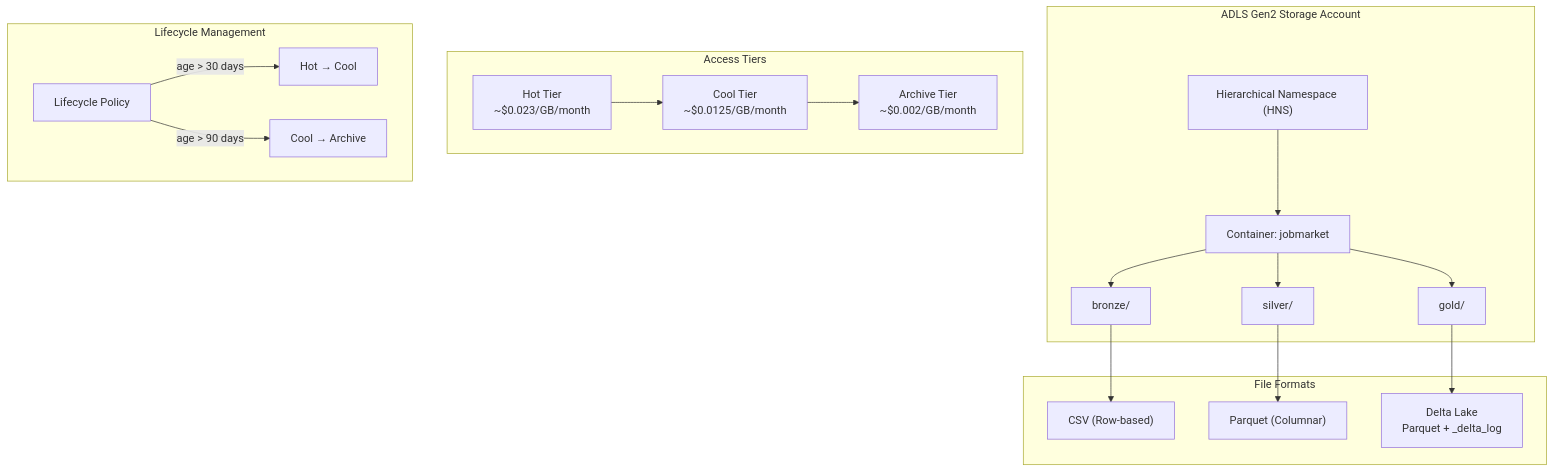
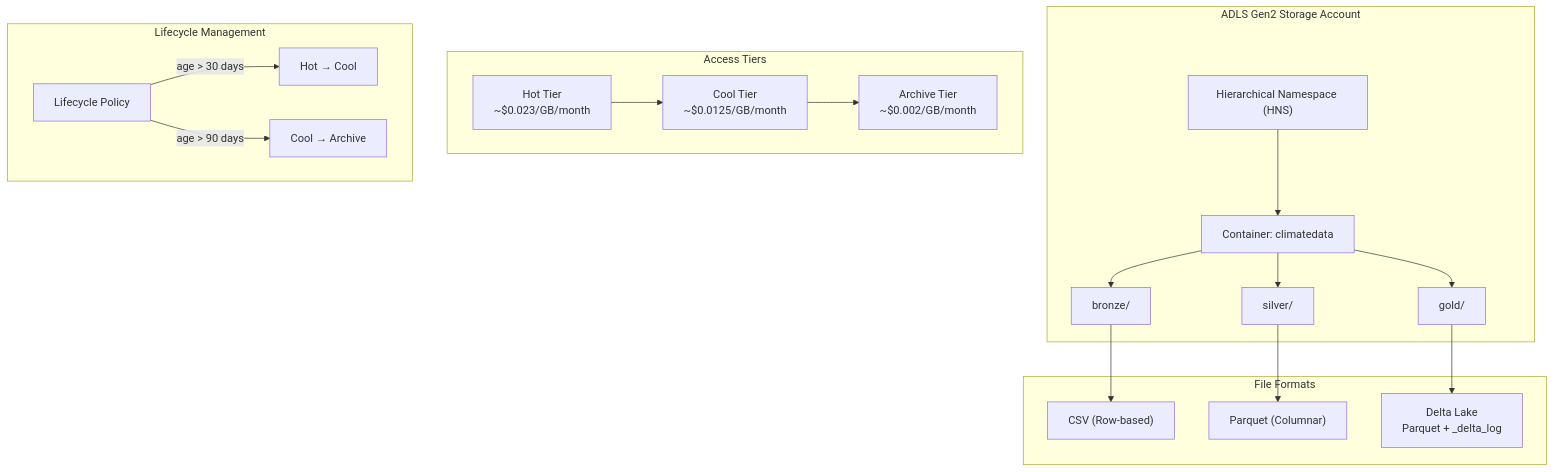
Before and after one commit to jgvillanuevastratpoint/research-learning-hub-template: the third of 15 diagrams in outputs/azure-data-engineering/03-azure-data-engineering-module-content.md, drawn with Mermaid. The commit also changed other lines of this file and 4 other files, not shown here.

````diff
--- a/outputs/azure-data-engineering/03-azure-data-engineering-module-content.md
+++ b/outputs/azure-data-engineering/03-azure-data-engineering-module-content.md
@@ -154,35 +149,35 @@
   ```mermaid
   graph TD
       subgraph "ADLS Gen2 Storage Account"
           HNS["Hierarchical Namespace (HNS)"]
-          CONTAINER["Container: jobmarket"]
+           CONTAINER["Container: climatedata"]
           CONTAINER --> DIR1["bronze/"]
           CONTAINER --> DIR2["silver/"]
           CONTAINER --> DIR3["gold/"]
       end
 
       subgraph "Access Tiers"
           HOT["Hot Tier<br/>~$0.023/GB/month"]
           COOL["Cool Tier<br/>~$0.0125/GB/month"]
           ARCHIVE["Archive Tier<br/>~$0.002/GB/month"]
       end
 
       subgraph "Lifecycle Management"
           POLICY["Lifecycle Policy"]
           POLICY -->|"age > 30 days"| HOT2COOL["Hot → Cool"]
           POLICY -->|"age > 90 days"| COOL2ARCHIVE["Cool → Archive"]
       end
 
       subgraph "File Formats"
           CSV["CSV (Row-based)"]
           PARQUET["Parquet (Columnar)"]
           DELTA["Delta Lake<br/>Parquet + _delta_log"]
       end
 
       DIR1 --> CSV
       DIR2 --> PARQUET
       DIR3 --> DELTA
       HNS --> CONTAINER
       HOT --> COOL
       COOL --> ARCHIVE
   ```
````
